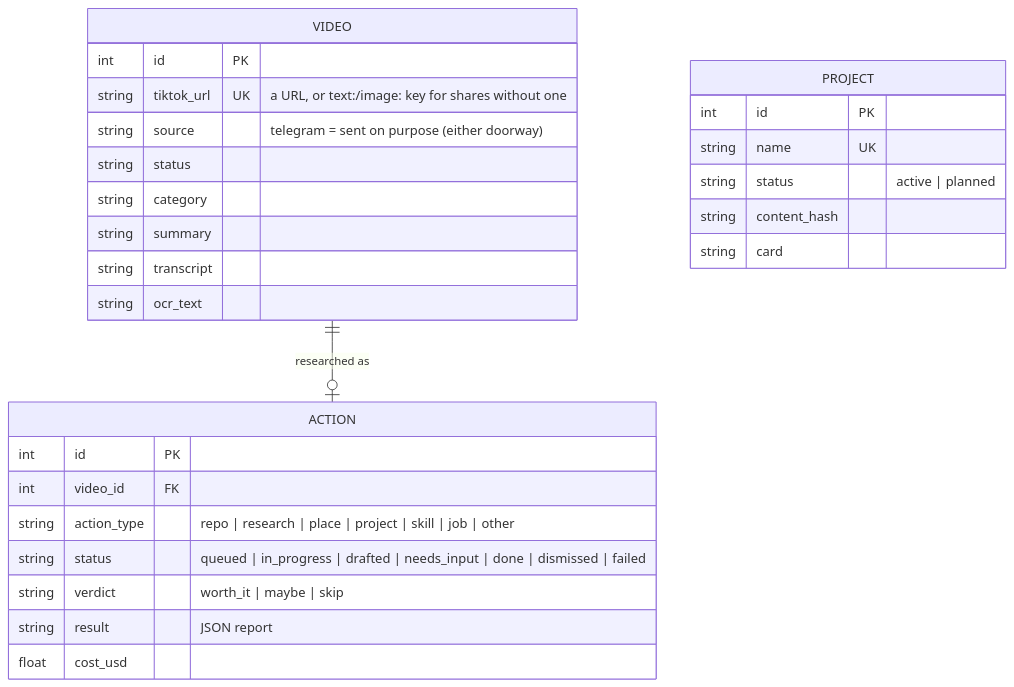
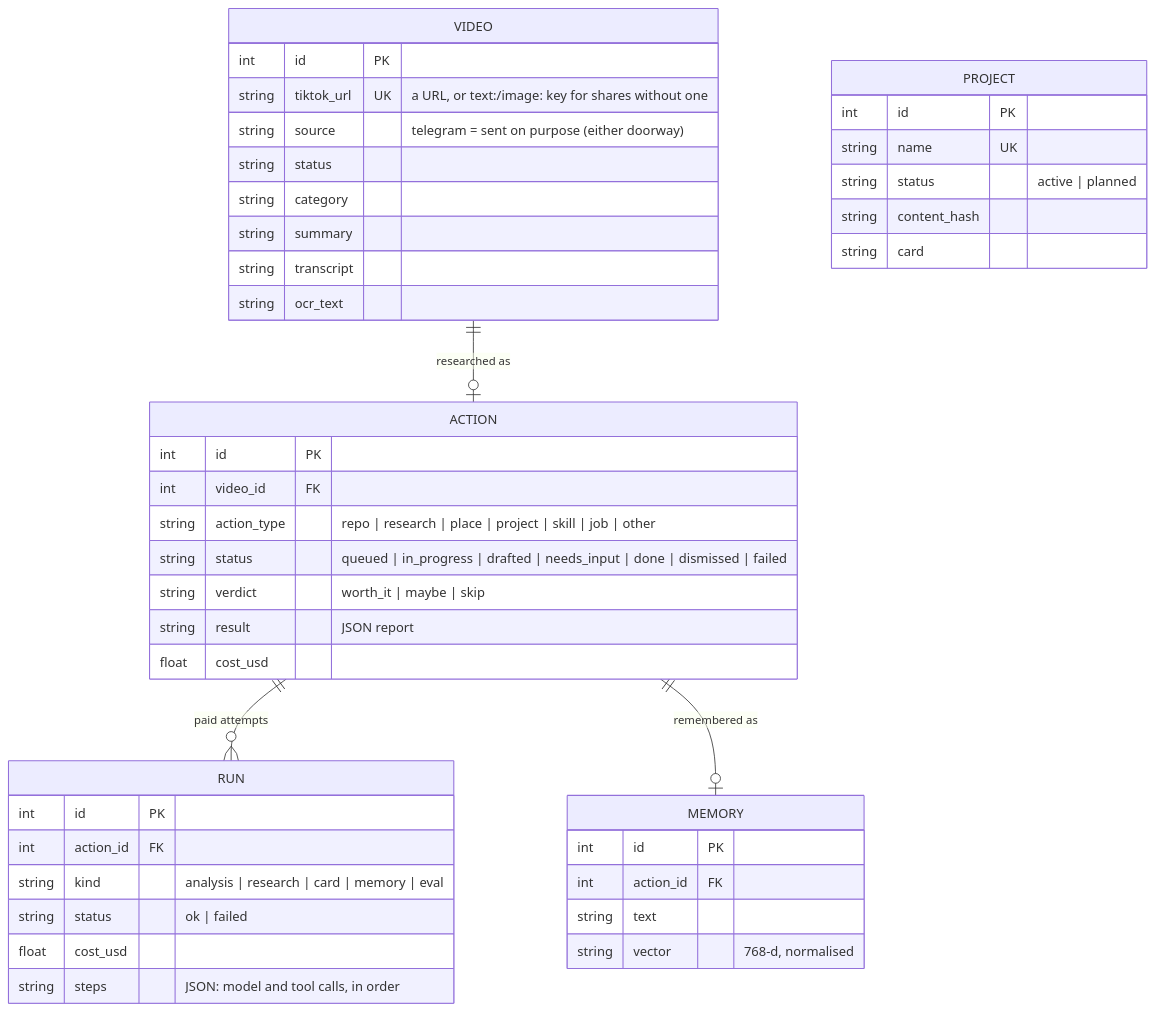
Before and after one commit to mattthomas7641/saved-video-intelligence: the second of 2 diagrams in ARCHITECTURE.md, drawn with Mermaid. The commit also changed other lines of this file and 18 other files, not shown here.

First line of the commit message:
Memory across shares and an eval set built from real history

````diff
--- a/ARCHITECTURE.md
+++ b/ARCHITECTURE.md
@@ -36,30 +36,46 @@
 ```mermaid
 erDiagram
     VIDEO ||--o| ACTION : "researched as"
     VIDEO {
         int id PK
         string tiktok_url UK "a URL, or text:/image: key for shares without one"
         string source "telegram = sent on purpose (either doorway)"
         string status
         string category
         string summary
         string transcript
         string ocr_text
     }
     ACTION {
         int id PK
         int video_id FK
         string action_type "repo | research | place | project | skill | job | other"
         string status "queued | in_progress | drafted | needs_input | done | dismissed | failed"
         string verdict "worth_it | maybe | skip"
         string result "JSON report"
         float cost_usd
     }
+    ACTION ||--o{ RUN : "paid attempts"
+    ACTION ||--o| MEMORY : "remembered as"
+    RUN {
+        int id PK
+        int action_id FK
+        string kind "analysis | research | card | memory | eval"
+        string status "ok | failed"
+        float cost_usd
+        string steps "JSON: model and tool calls, in order"
+    }
+    MEMORY {
+        int id PK
+        int action_id FK
+        string text
+        string vector "768-d, normalised"
+    }
     PROJECT {
         int id PK
         string name UK
         string status "active | planned"
         string content_hash
         string card
     }
 ```
````
